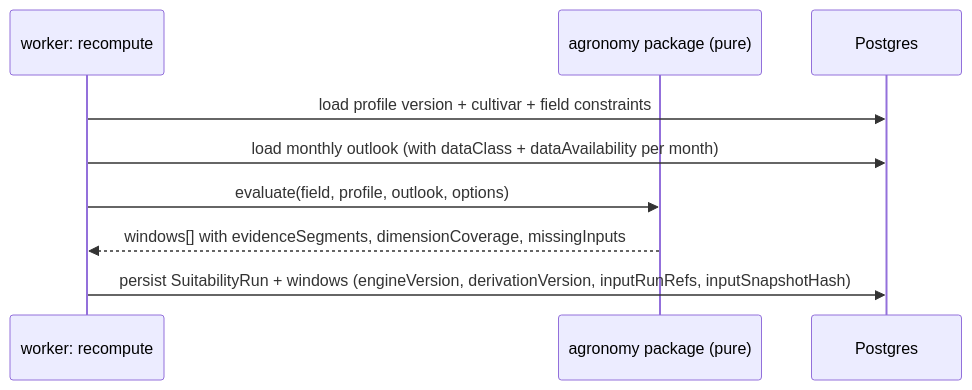
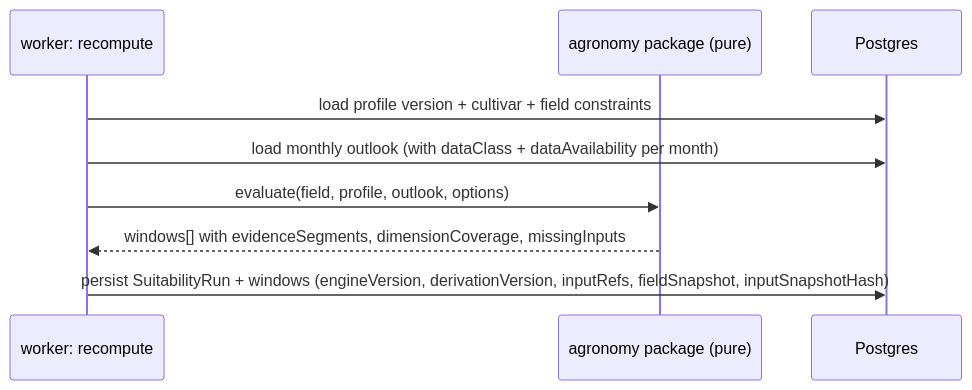
Before and after one commit to Akihira77/AgroclimatePlanner: the third of 3 diagrams in docs/architecture/data-flow.md, drawn with Mermaid. The commit also changed other lines of this file and 10 other files, not shown here.

````diff
--- a/docs/architecture/data-flow.md
+++ b/docs/architecture/data-flow.md
@@ -78,12 +78,12 @@
 ```mermaid
 sequenceDiagram
   participant ENG as worker: recompute
   participant A as agronomy package (pure)
   participant DB as Postgres
 
   ENG->>DB: load profile version + cultivar + field constraints
   ENG->>DB: load monthly outlook (with dataClass + dataAvailability per month)
   ENG->>A: evaluate(field, profile, outlook, options)
   A-->>ENG: windows[] with evidenceSegments, dimensionCoverage, missingInputs
-  ENG->>DB: persist SuitabilityRun + windows (engineVersion, derivationVersion, inputRunRefs, inputSnapshotHash)
+  ENG->>DB: persist SuitabilityRun + windows (engineVersion, derivationVersion, inputRefs, fieldSnapshot, inputSnapshotHash)
 ```
````
